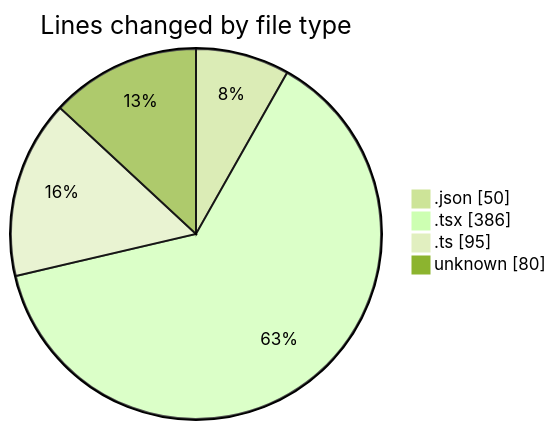
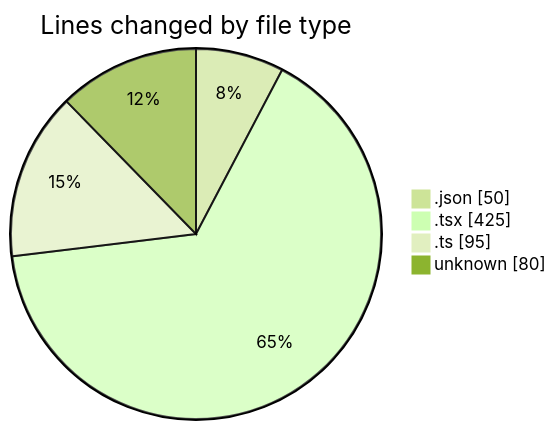
Before and after one commit to julien-gomy/code-tracking: the first of 2 diagrams in 2025-10-29/eventscop-frontend-guide__workspace_/README.md, drawn with Mermaid (forest theme). The commit also changed other lines of this file and 1 other file, not shown here.

````diff
--- a/2025-10-29/eventscop-frontend-guide__workspace_/README.md
+++ b/2025-10-29/eventscop-frontend-guide__workspace_/README.md
@@ -32,8 +32,8 @@
 ```mermaid
 pie showData
 title Lines changed by file type
 ".json" : 50
-".tsx" : 386
+".tsx" : 425
 ".ts" : 95
 "unknown" : 80
 ```
````
